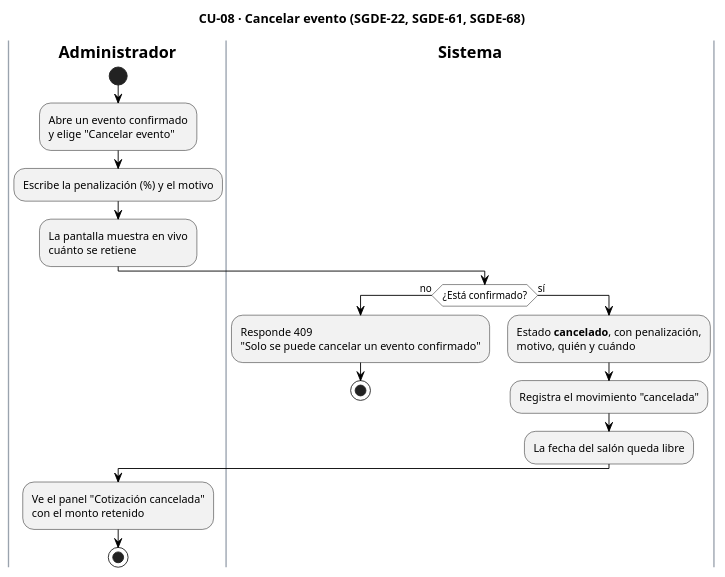
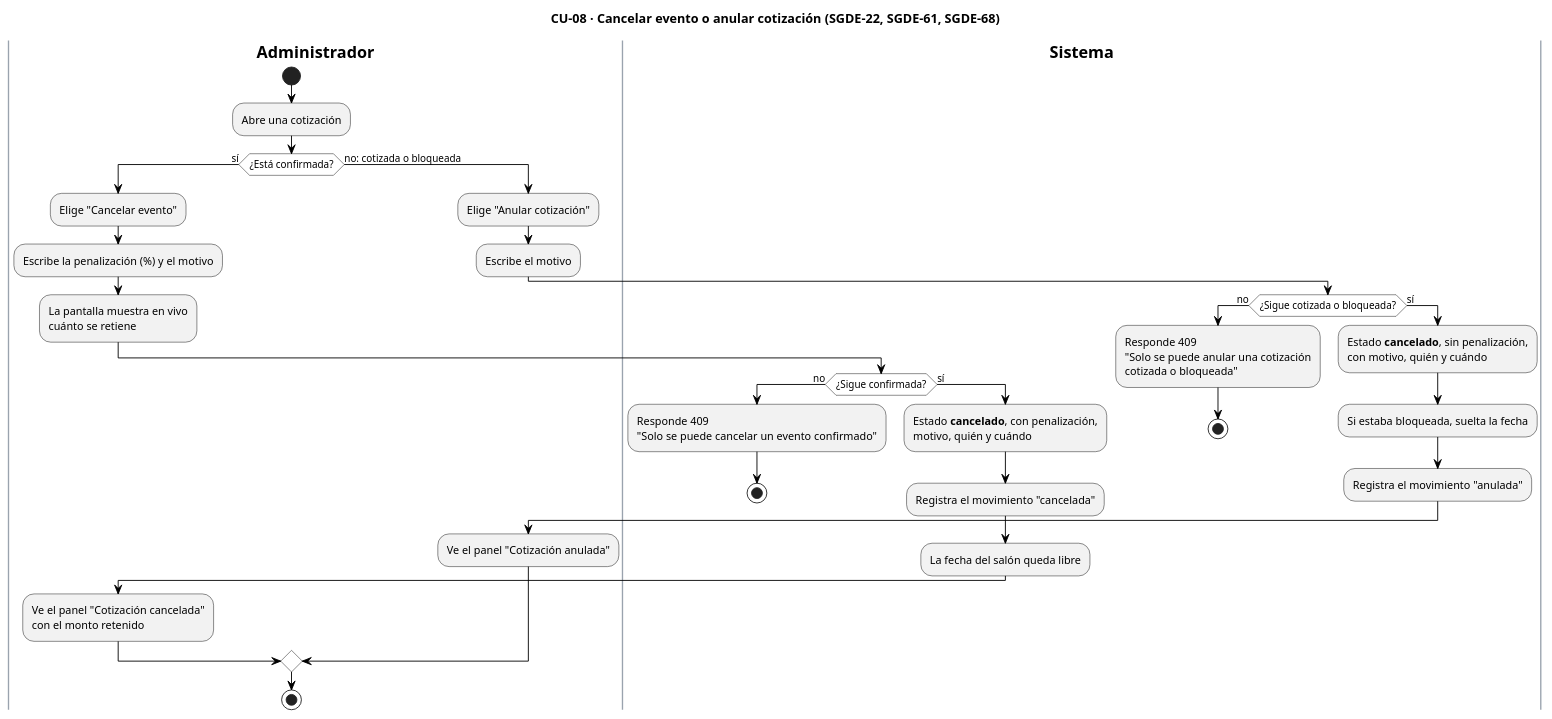
The diagram in docs/Diagrama de actividades/CU08_CancelarEvento.pu (AndreCamx2/Gestion-De-Eventos), drawn with PlantUML before and after one commit. The commit also changed 30 other files, not shown here.

```diff
--- a/docs/Diagrama de actividades/CU08_CancelarEvento.pu
+++ b/docs/Diagrama de actividades/CU08_CancelarEvento.pu
@@ -1,38 +1,57 @@
 @startuml CU08_CancelarEvento
-title CU-08 · Cancelar evento (SGDE-22, SGDE-61, SGDE-68)
+title CU-08 · Cancelar evento o anular cotización (SGDE-22, SGDE-61, SGDE-68)
 skinparam backgroundColor white
 skinparam ActivityBackgroundColor #F2F2F2
 skinparam ActivityBorderColor black
 skinparam ActivityDiamondBackgroundColor white
 skinparam ActivityDiamondBorderColor black
 skinparam ArrowColor black
 skinparam SwimlaneBorderColor #9AA3AE
 skinparam SwimlaneTitleFontStyle bold
 skinparam note {
   BackgroundColor #FFFBEA
   BorderColor #B8A86B
 }
 
 |Administrador|
 start
-:Abre un evento confirmado
-y elige "Cancelar evento";
-:Escribe la penalización (%) y el motivo;
-:La pantalla muestra en vivo
-cuánto se retiene;
-|Sistema|
-if (¿Está confirmado?) then (no)
-  :Responde 409
-  "Solo se puede cancelar un evento confirmado";
-  stop
-else (sí)
-  :Estado **cancelado**, con penalización,
-  motivo, quién y cuándo;
-  :Registra el movimiento "cancelada";
-  :La fecha del salón queda libre;
+:Abre una cotización;
+if (¿Está confirmada?) then (sí)
+  :Elige "Cancelar evento";
+  :Escribe la penalización (%) y el motivo;
+  :La pantalla muestra en vivo
+  cuánto se retiene;
+  |Sistema|
+  if (¿Sigue confirmada?) then (no)
+    :Responde 409
+    "Solo se puede cancelar un evento confirmado";
+    stop
+  else (sí)
+    :Estado **cancelado**, con penalización,
+    motivo, quién y cuándo;
+    :Registra el movimiento "cancelada";
+    :La fecha del salón queda libre;
+  endif
+  |Administrador|
+  :Ve el panel "Cotización cancelada"
+  con el monto retenido;
+else (no: cotizada o bloqueada)
+  :Elige "Anular cotización";
+  :Escribe el motivo;
+  |Sistema|
+  if (¿Sigue cotizada o bloqueada?) then (no)
+    :Responde 409
+    "Solo se puede anular una cotización
+    cotizada o bloqueada";
+    stop
+  else (sí)
+    :Estado **cancelado**, sin penalización,
+    con motivo, quién y cuándo;
+    :Si estaba bloqueada, suelta la fecha;
+    :Registra el movimiento "anulada";
+  endif
+  |Administrador|
+  :Ve el panel "Cotización anulada";
 endif
-|Administrador|
-:Ve el panel "Cotización cancelada"
-con el monto retenido;
 stop
 @enduml
```
